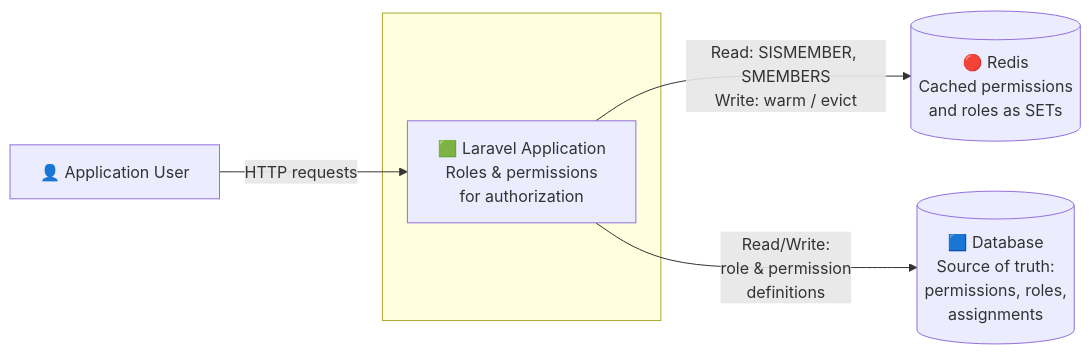
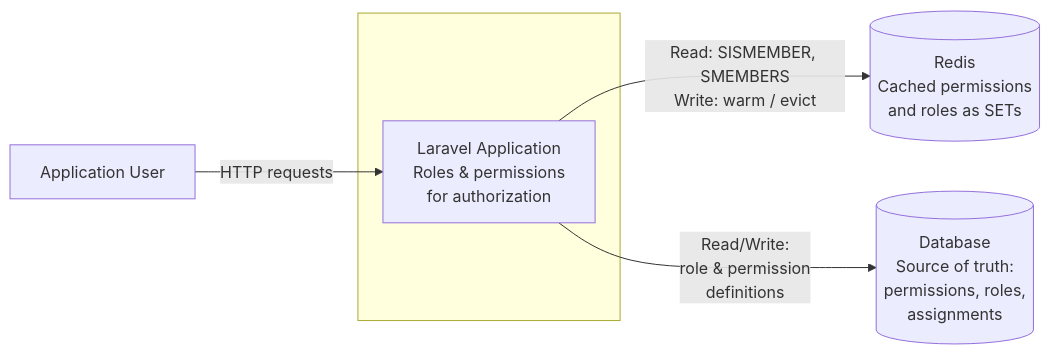
The first of 4 diagrams in README.md (scabarcas17/laravel-permissions-redis), drawn with Mermaid before and after one commit. The commit also changed other lines of this file and 6 other files, not shown here.

````diff
--- a/README.md
+++ b/README.md
@@ -114,15 +108,15 @@
 ```mermaid
 flowchart LR
-    User["👤 Application User"]
+    User["Application User"]
 
     subgraph system [" "]
-        App["🟩 Laravel Application\nRoles & permissions\nfor authorization"]
+        App["Laravel Application\nRoles & permissions\nfor authorization"]
     end
 
-    Redis[("🔴 Redis\nCached permissions\nand roles as SETs")]
-    DB[("🟦 Database\nSource of truth:\npermissions, roles,\nassignments")]
+    Redis[("Redis\nCached permissions\nand roles as SETs")]
+    DB[("Database\nSource of truth:\npermissions, roles,\nassignments")]
 
     User -- "HTTP requests" --> App
     App -- "Read: SISMEMBER, SMEMBERS\nWrite: warm / evict" --> Redis
     App -- "Read/Write:\nrole & permission\ndefinitions" --> DB
 ```
````
